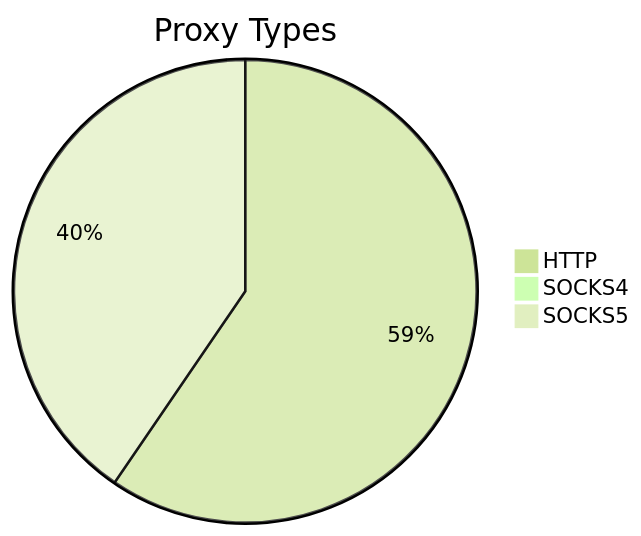
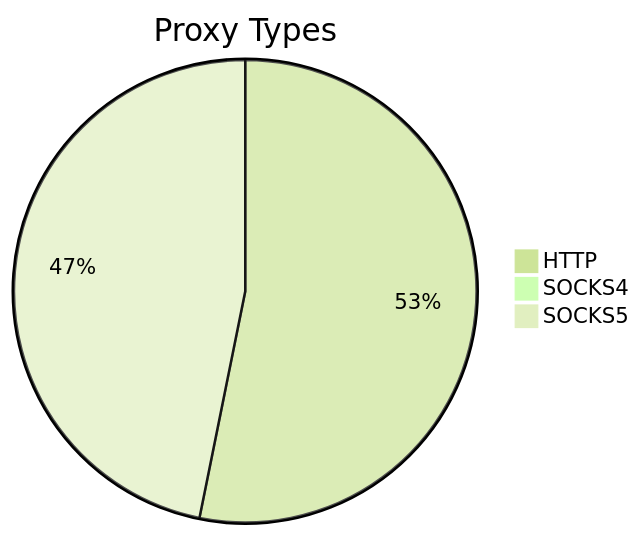
Before and after one commit to stormsia/proxy-list: the first of 2 diagrams in README.md, drawn with Mermaid (forest theme). The commit also changed other lines of this file, not shown here.

````diff
--- a/README.md
+++ b/README.md
@@ -21,6 +21,6 @@
 ```mermaid
 pie title Proxy Types
-    "HTTP" : 1904
-    "SOCKS4" : 24
-    "SOCKS5" : 1294
+    "HTTP" : 2253
+    "SOCKS4" : 15
+    "SOCKS5" : 1984
 ```
````
